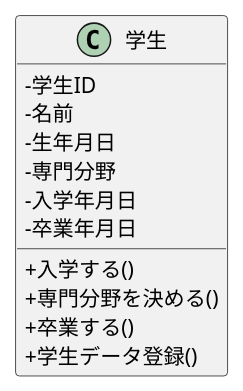
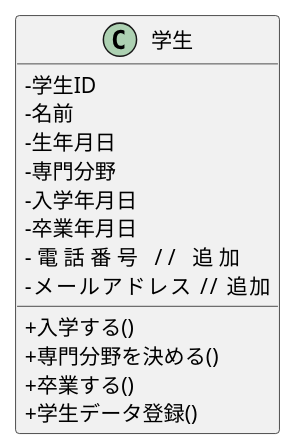
The diagram in 05_web_ronbun/class.pu (ghbuser12/ohara_uml), drawn with PlantUML before and after one commit. The commit also changed 3 other files, not shown here.

```diff
--- a/05_web_ronbun/class.pu
+++ b/05_web_ronbun/class.pu
@@ -1,17 +1,19 @@
 @startuml
 skinparam ClassAttributeIconSize 0
 class 学生 {
  -学生ID
  -名前
  -生年月日
  -専門分野
  -入学年月日
  -卒業年月日
+ -電話番号           // 追加
+ -メールアドレス     // 追加
  +入学する()
  +専門分野を決める()
  +卒業する()
  'シーケンス図をもとに追加
  +学生データ登録()
 }
 
 @enduml
```
